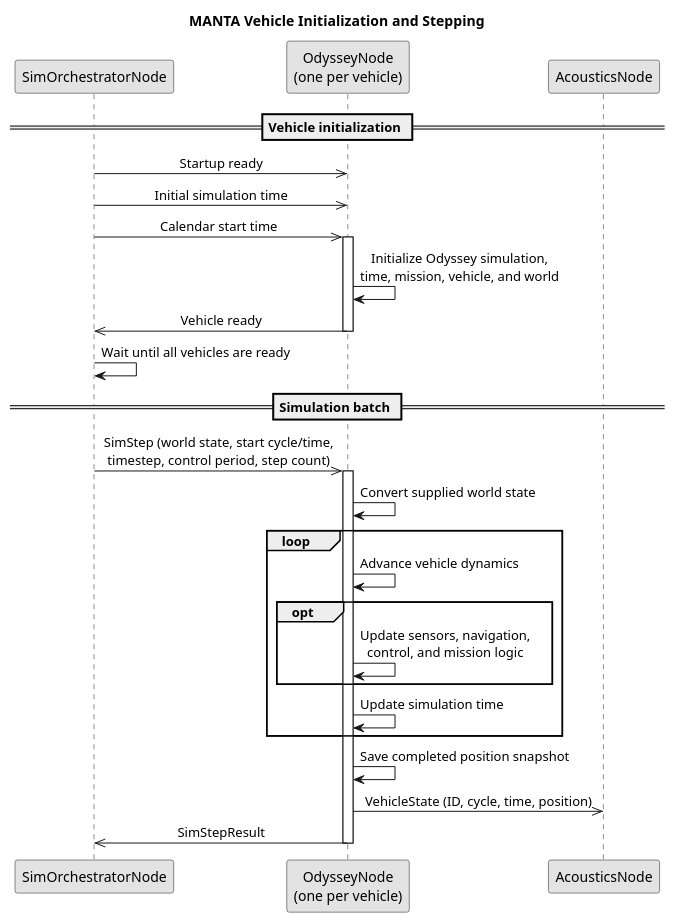
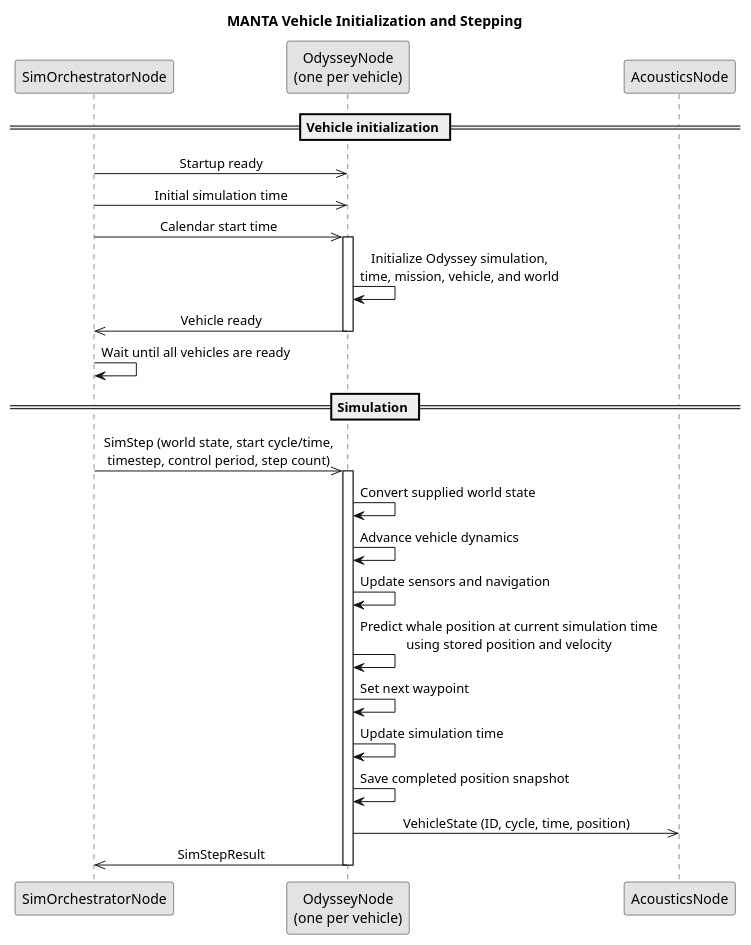
Before and after one commit to Tebcherani/MANTA: the diagram in components/manta_odyssey/docs/odyssey_sequence.puml, drawn with PlantUML. The commit also changed 1 other file, not shown here.

```diff
--- a/components/manta_odyssey/docs/odyssey_sequence.puml
+++ b/components/manta_odyssey/docs/odyssey_sequence.puml
@@ -1,45 +1,43 @@
 @startuml
 title MANTA Vehicle Initialization and Stepping
 
 skinparam monochrome true
 skinparam shadowing false
 skinparam sequenceMessageAlign center
 skinparam responseMessageBelowArrow true
 
 participant "SimOrchestratorNode" as Orchestrator
 participant "OdysseyNode\n(one per vehicle)" as Odyssey
 participant "AcousticsNode" as Detection
 
 == Vehicle initialization ==
 
 Orchestrator ->> Odyssey : Startup ready
 Orchestrator ->> Odyssey : Initial simulation time
 Orchestrator ->> Odyssey : Calendar start time
 
 activate Odyssey
 Odyssey -> Odyssey : Initialize Odyssey simulation,\ntime, mission, vehicle, and world
 Odyssey ->> Orchestrator : Vehicle ready
 deactivate Odyssey
 
 Orchestrator -> Orchestrator : Wait until all vehicles are ready
 
-== Simulation batch ==
+== Simulation ==
 
 Orchestrator ->> Odyssey : SimStep (world state, start cycle/time,\ntimestep, control period, step count)
 activate Odyssey
 Odyssey -> Odyssey : Convert supplied world state
 
-loop
-    Odyssey -> Odyssey : Advance vehicle dynamics
-    opt
-        Odyssey -> Odyssey : Update sensors, navigation,\ncontrol, and mission logic
-    end
-    Odyssey -> Odyssey : Update simulation time
-end
+Odyssey -> Odyssey : Advance vehicle dynamics
+Odyssey -> Odyssey : Update sensors and navigation
+Odyssey -> Odyssey : Predict whale position at current simulation time\nusing stored position and velocity
+Odyssey -> Odyssey : Set next waypoint
+Odyssey -> Odyssey : Update simulation time
 
 Odyssey -> Odyssey : Save completed position snapshot
 Odyssey ->> Detection : VehicleState (ID, cycle, time, position)
 Odyssey ->> Orchestrator : SimStepResult
 deactivate Odyssey
 
 @enduml
```
